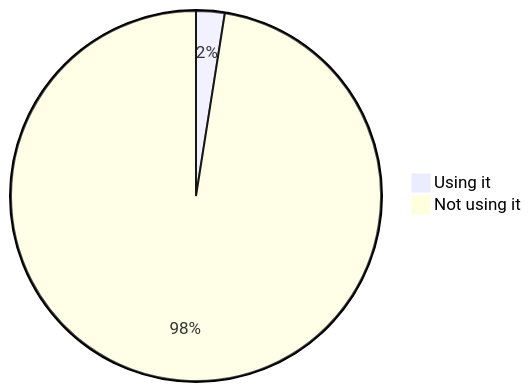
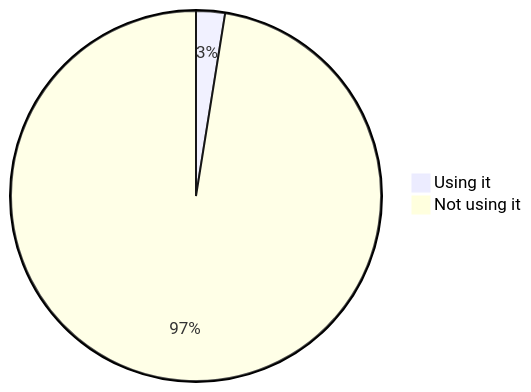
Diagram 17 of 22 in stats.md (oshp/oshp-stats), drawn with Mermaid before and after one commit. The commit also changed other lines of this file, not shown here.

````diff
--- a/stats.md
+++ b/stats.md
@@ -202,6 +202,6 @@
 ```mermaid
 pie
-	"Using it" : 2.49
-	"Not using it" : 97.51
+	"Using it" : 2.52
+	"Not using it" : 97.48
 
 ```
````
